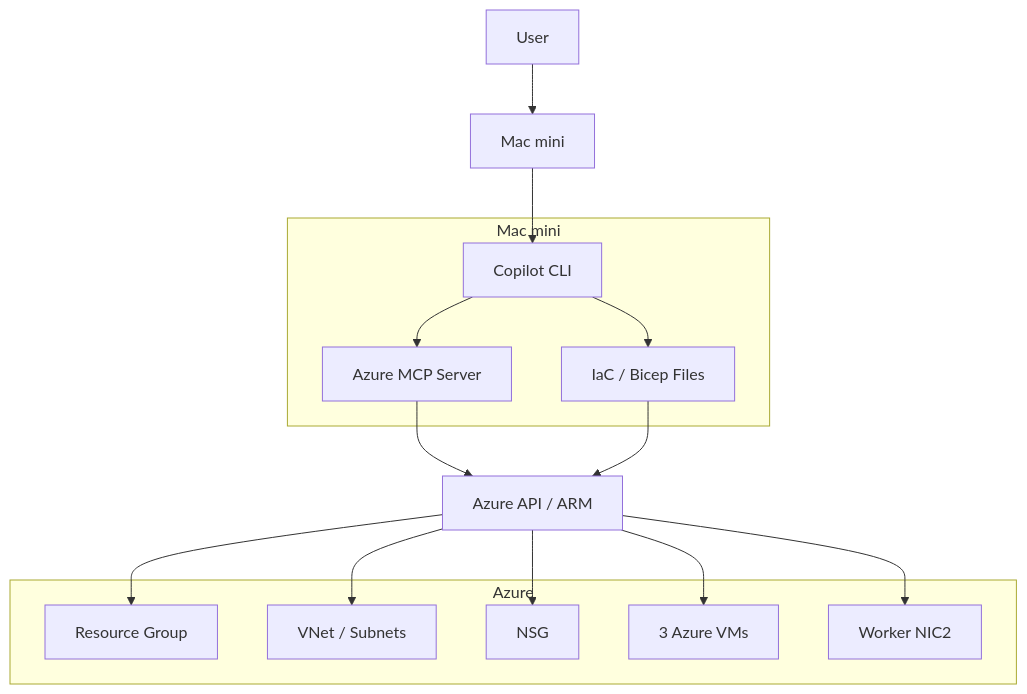
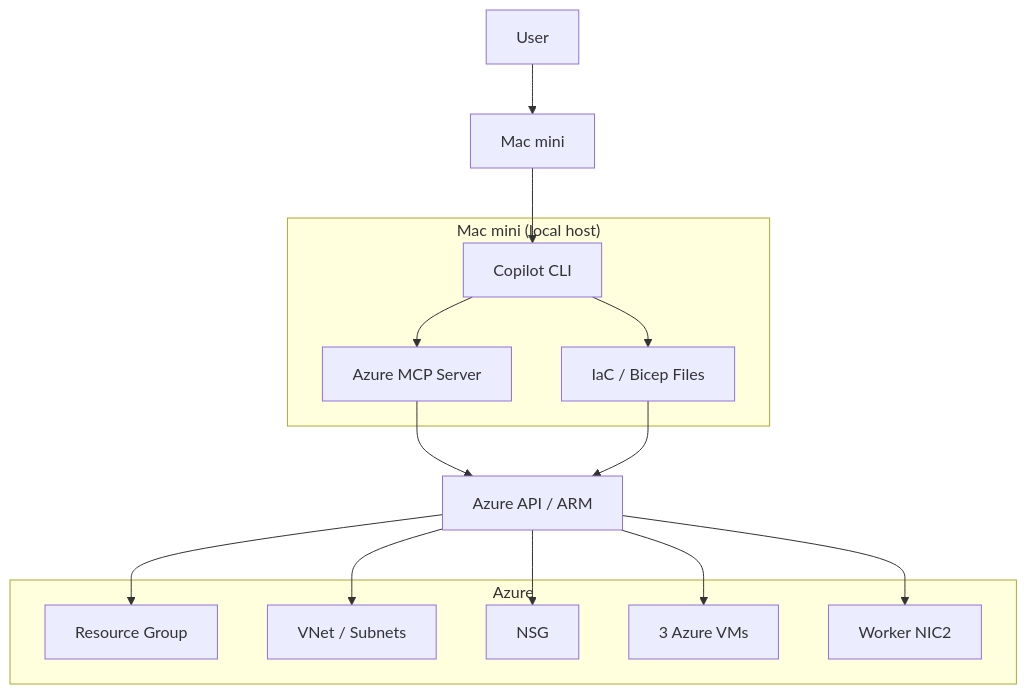
Before and after one commit to MansionLai/notebook: the diagram in kubernetes/3node-kubevirt/phase-0.md, drawn with Mermaid. The commit also changed 1 other file, not shown here.

Commit message:
docs: add optionb iac landing page

````diff
--- a/kubernetes/3node-kubevirt/phase-0.md
+++ b/kubernetes/3node-kubevirt/phase-0.md
@@ -207,30 +207,30 @@
 ```mermaid
 flowchart TD
     User[User] --> Mac[Mac mini]
 
-    subgraph Local["Mac mini"]
+    subgraph Local["Mac mini (local host)"]
         CLI[Copilot CLI]
         MCP[Azure MCP Server]
         IaC[IaC / Bicep Files]
     end
 
     Mac --> CLI
     CLI --> MCP
     CLI --> IaC
     MCP --> ARM[Azure API / ARM]
     IaC --> ARM
 
     subgraph Azure["Azure"]
         RG[Resource Group]
         NET[VNet / Subnets]
         NSG[NSG]
         VMS[3 Azure VMs]
         NIC2[Worker NIC2]
     end
 
     ARM --> RG
     ARM --> NET
     ARM --> NSG
     ARM --> VMS
     ARM --> NIC2
 ```
````
